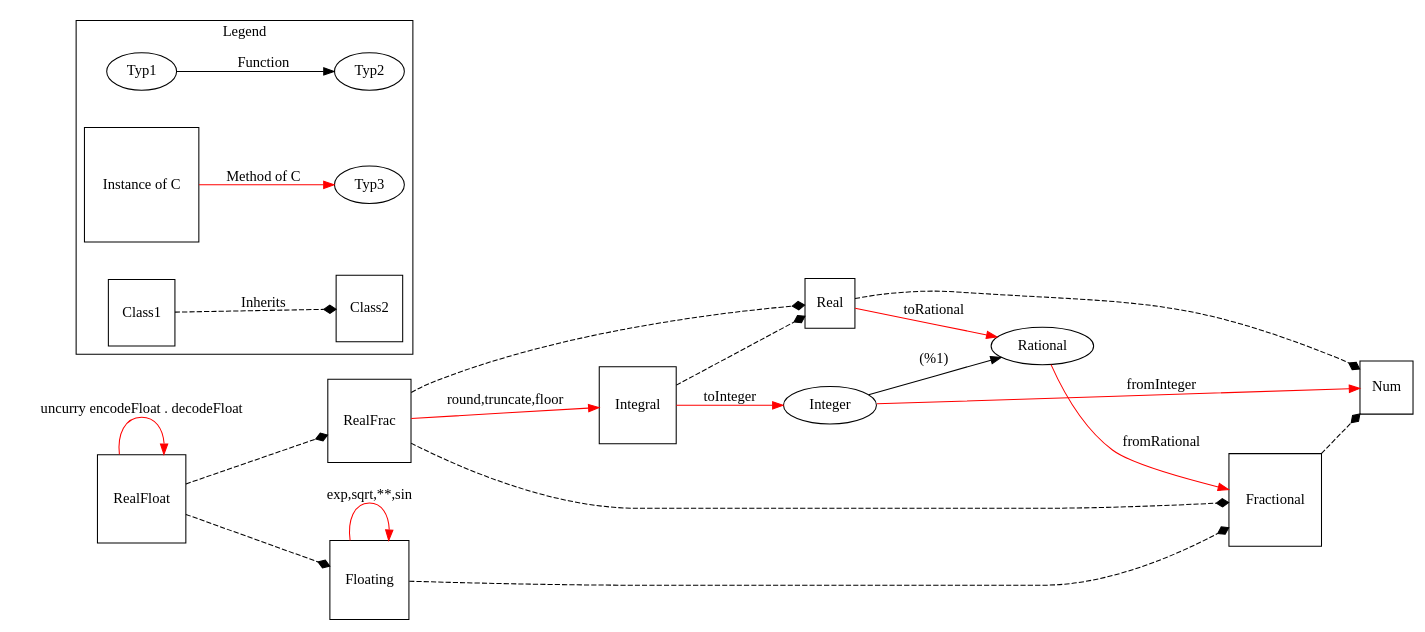
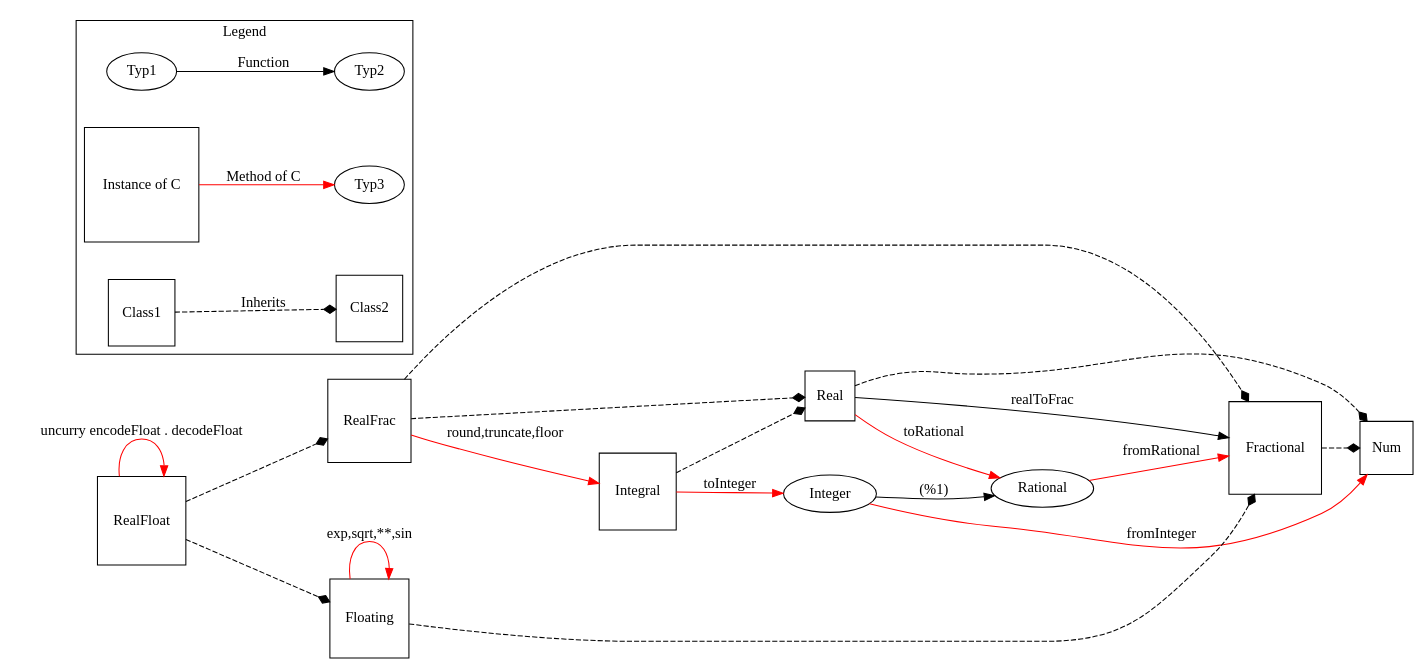
Before and after one commit to s9gf4ult/projs: the diagram in graphviz/prelude.dot, drawn with Graphviz. The commit also changed 1 other file, not shown here.

```diff
--- a/graphviz/prelude.dot
+++ b/graphviz/prelude.dot
@@ -1,39 +1,44 @@
 digraph {
   graph [layout=dot; overlap=false; rankdir=LR; nodesep=0.5];
   subgraph types {
     node [shape=oval];
-    Integer -> Rational [label="(%1)"];
+    Integer;
+    Rational;
   }
   subgraph classes {
     node [shape=square];
     edge [arrowhead=diamond; style=dashed];
     Num;
     Real;
     Real -> Num;
     Integral -> Real;
     Fractional -> Num;
     Floating -> Fractional;
     RealFrac -> {Real; Fractional};
     RealFloat -> {RealFrac; Floating};
   }
   subgraph methods {
     edge [color=red];
     Integer -> Num [label=fromInteger];
     Real -> Rational [label=toRational];
     Integral -> Integer [label=toInteger];
     Rational -> Fractional [label=fromRational];
     RealFrac -> Integral [label="round,truncate,floor"];
     Floating -> Floating [label="exp,sqrt,**,sin"];
     RealFloat -> RealFloat [label="uncurry encodeFloat . decodeFloat"];
   }
+  subgraph functions {
+    Integer -> Rational [label="(%1)"];
+    Real -> Fractional [label="realToFrac"];
+  }
   subgraph cluster_legend {
     graph [label=Legend];
     Typ1 -> Typ2 [label=Function];
     { "Instance of C" [shape=square];
       "Instance of C" -> Typ3 [color=red; label="Method of C"];
     }
     { node [shape=square];
       Class1 -> Class2 [arrowhead=diamond; style=dashed; label=Inherits];
     }
   }
 }
```
